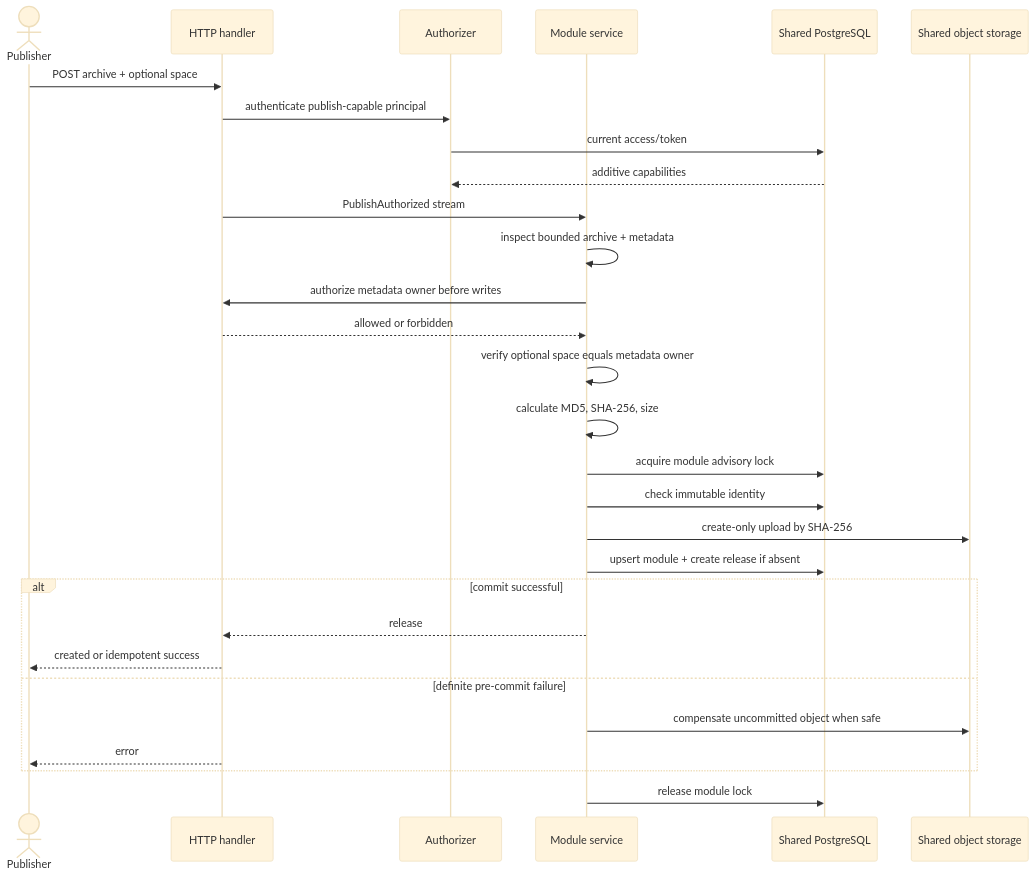
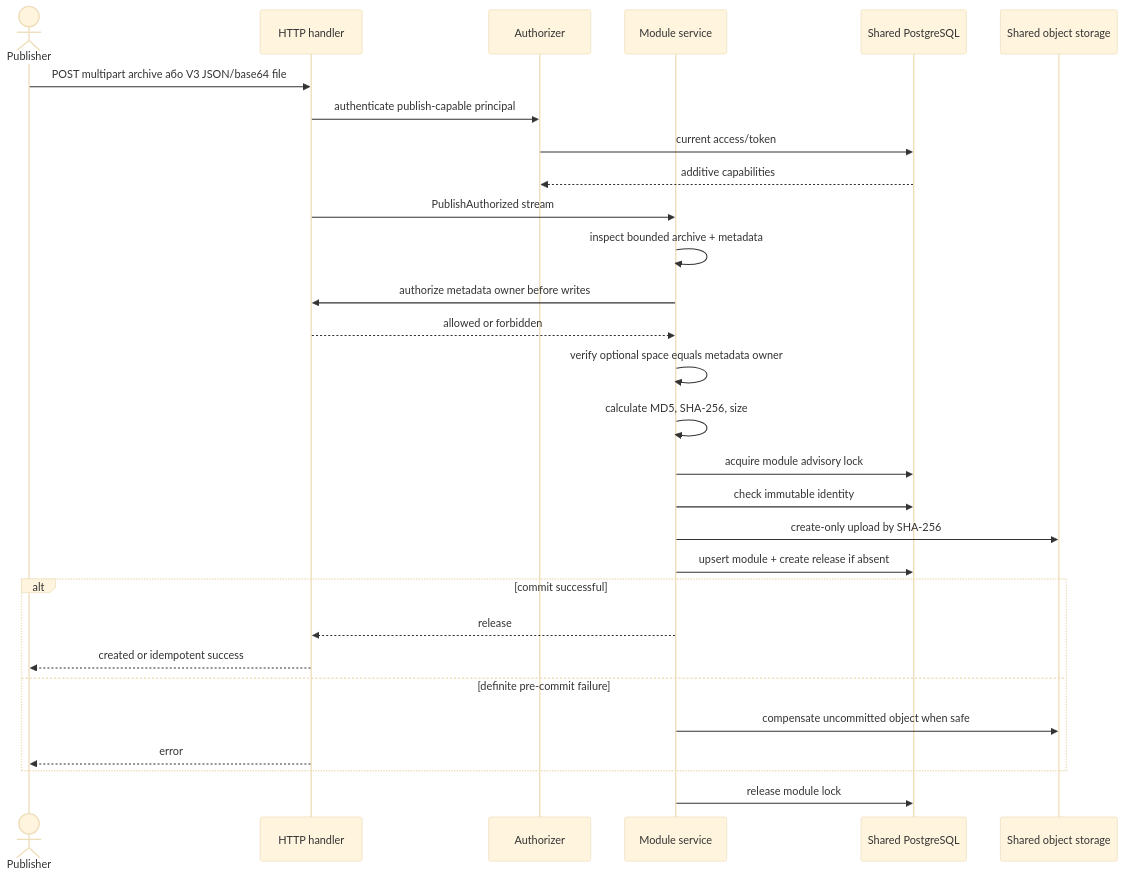
Before and after one commit to zxzharmlesszxz/puppet-forge: the fourth of 10 diagrams in SCHEMA.uk.md, drawn with Mermaid (base theme). The commit also changed other lines of this file and 11 other files, not shown here.

````diff
--- a/SCHEMA.uk.md
+++ b/SCHEMA.uk.md
@@ -232,31 +235,31 @@
 ```mermaid
 sequenceDiagram
     actor C as Publisher
     participant H as HTTP handler
     participant A as Authorizer
     participant S as Module service
     participant DB as Shared PostgreSQL
     participant O as Shared object storage
-    C->>H: POST archive + optional space
+    C->>H: POST multipart archive або V3 JSON/base64 file
     H->>A: authenticate publish-capable principal
     A->>DB: current access/token
     DB-->>A: additive capabilities
     H->>S: PublishAuthorized stream
     S->>S: inspect bounded archive + metadata
     S->>H: authorize metadata owner before writes
     H-->>S: allowed or forbidden
     S->>S: verify optional space equals metadata owner
     S->>S: calculate MD5, SHA-256, size
     S->>DB: acquire module advisory lock
     S->>DB: check immutable identity
     S->>O: create-only upload by SHA-256
     S->>DB: upsert module + create release if absent
     alt commit successful
         S-->>H: release
         H-->>C: created or idempotent success
     else definite pre-commit failure
         S->>O: compensate uncommitted object when safe
         H-->>C: error
     end
     S->>DB: release module lock
 ```
````
